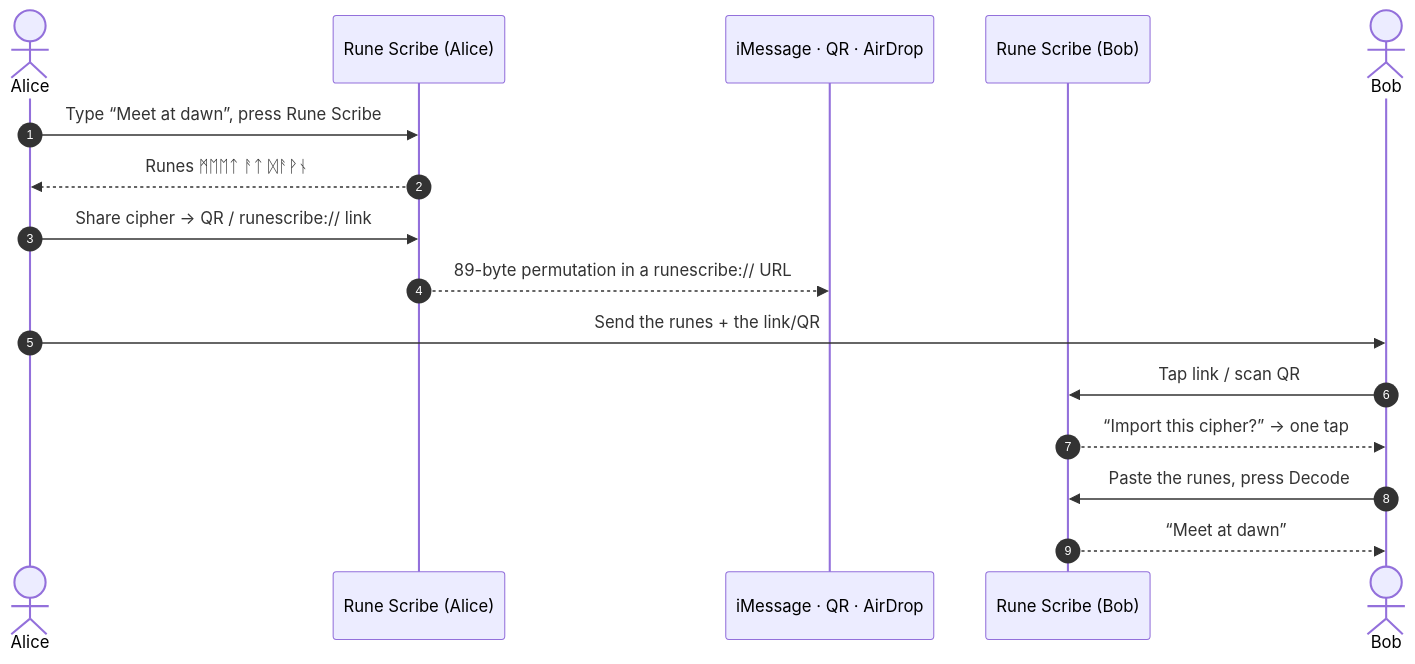
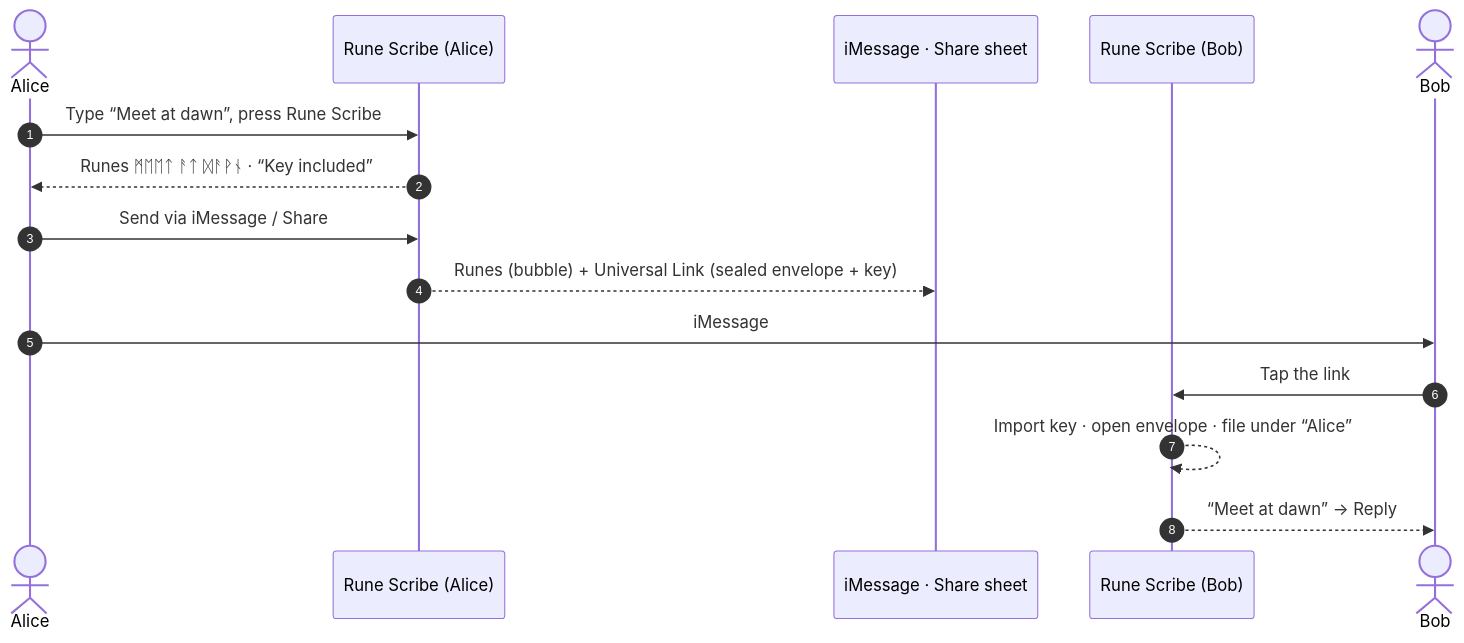
Before and after one commit to flynn33/rune-scribe: the second of 3 diagrams in README.md, drawn with Mermaid. The commit also changed other lines of this file, not shown here.

````diff
--- a/README.md
+++ b/README.md
@@ -118,19 +165,18 @@
 ```mermaid
 sequenceDiagram
     autonumber
     actor Alice
     participant App1 as Rune Scribe (Alice)
-    participant Ch as iMessage · QR · AirDrop
+    participant Msg as iMessage · Share sheet
     participant App2 as Rune Scribe (Bob)
     actor Bob
 
     Alice->>App1: Type “Meet at dawn”, press Rune Scribe
-    App1-->>Alice: Runes  ᛗᛖᛖᛏ ᚨᛏ ᛞᚨᚹᚾ
-    Alice->>App1: Share cipher → QR / runescribe:// link
-    App1-->>Ch: 89-byte permutation in a runescribe:// URL
-    Alice->>Bob: Send the runes + the link/QR
-    Bob->>App2: Tap link / scan QR
-    App2-->>Bob: “Import this cipher?” → one tap
-    Bob->>App2: Paste the runes, press Decode
-    App2-->>Bob: “Meet at dawn”
+    App1-->>Alice: Runes  ᛗᛖᛖᛏ ᚨᛏ ᛞᚨᚹᚾ  ·  “Key included”
+    Alice->>App1: Send via iMessage / Share
+    App1-->>Msg: Runes (bubble) + Universal Link (sealed envelope + key)
+    Alice->>Bob: iMessage
+    Bob->>App2: Tap the link
+    App2-->>App2: Import key · open envelope · file under “Alice”
+    App2-->>Bob: “Meet at dawn”  → Reply
 ```
````
